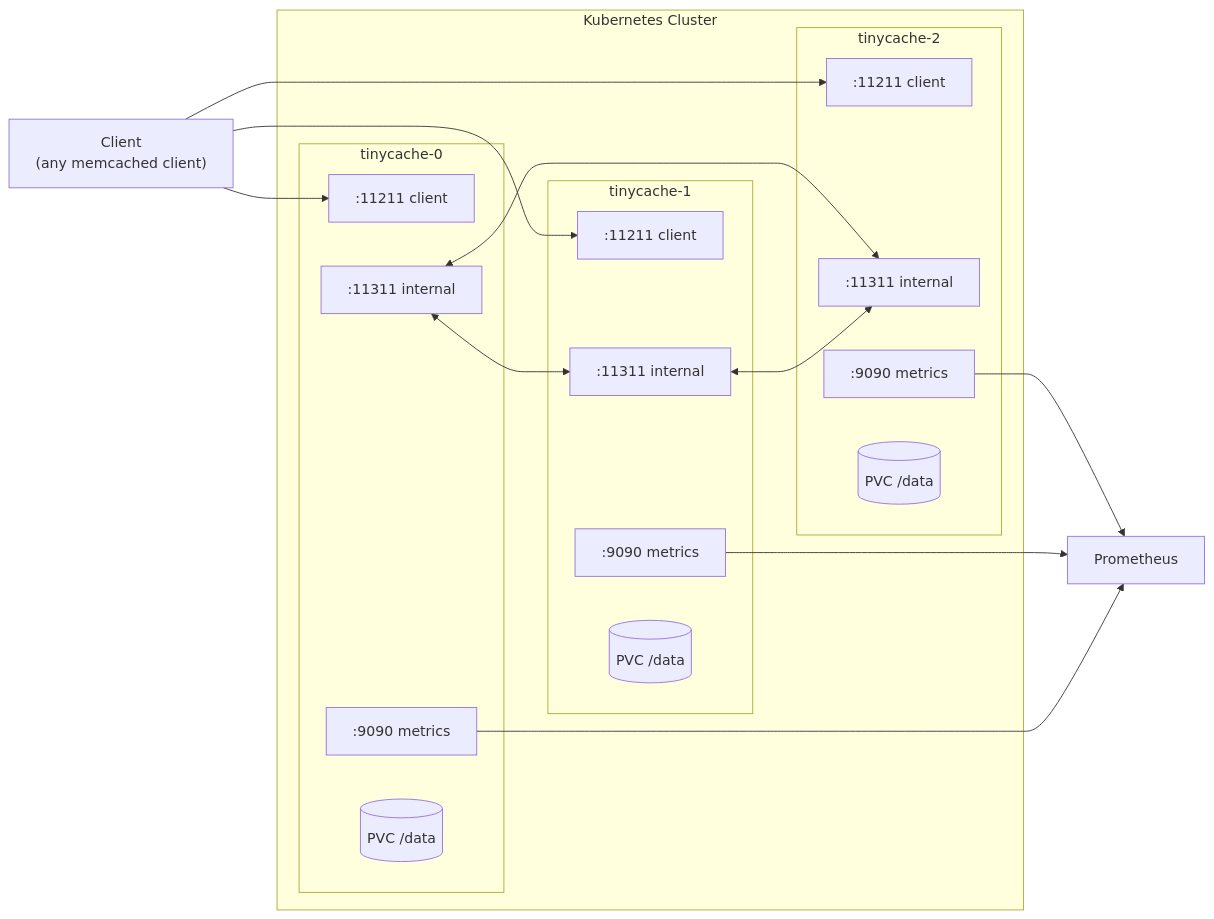
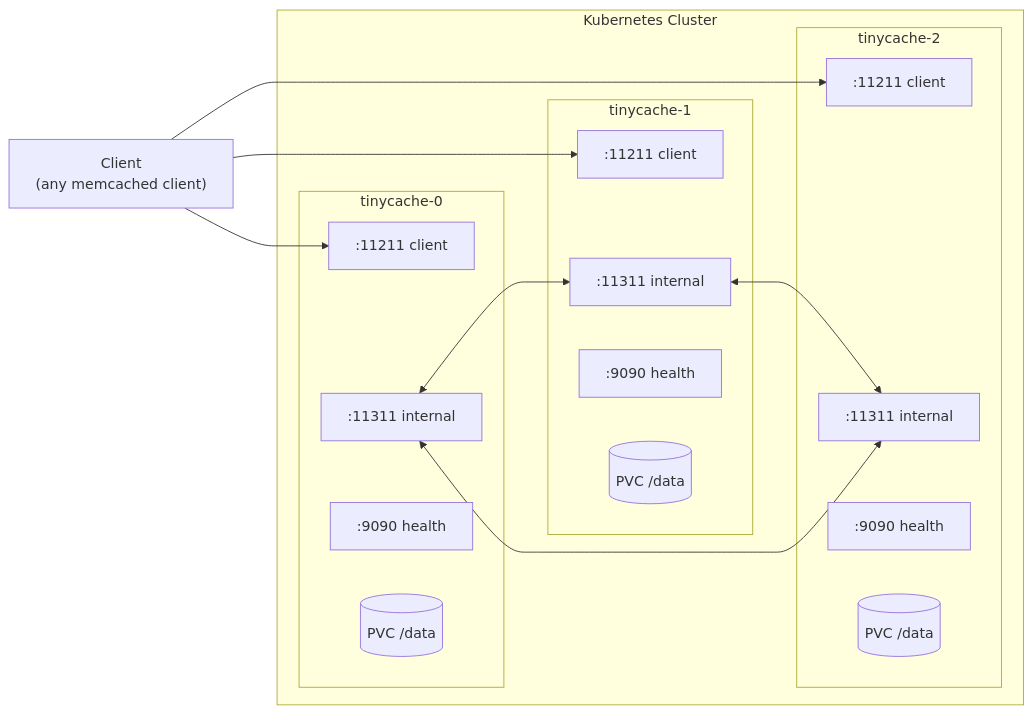
The first of 9 diagrams in README.md (smirnoffmg/tinycache), drawn with Mermaid before and after one commit. The commit also changed other lines of this file and 46 other files, not shown here.

````diff
--- a/README.md
+++ b/README.md
@@ -51,39 +51,33 @@
 ```mermaid
 graph LR
     Client["Client\n(any memcached client)"]
 
     subgraph K8s["Kubernetes Cluster"]
         subgraph n0["tinycache-0"]
             n0c[":11211 client"]
             n0i[":11311 internal"]
-            n0m[":9090 metrics"]
+            n0h[":9090 health"]
             n0p[("PVC /data")]
         end
         subgraph n1["tinycache-1"]
             n1c[":11211 client"]
             n1i[":11311 internal"]
-            n1m[":9090 metrics"]
+            n1h[":9090 health"]
             n1p[("PVC /data")]
         end
         subgraph n2["tinycache-2"]
             n2c[":11211 client"]
             n2i[":11311 internal"]
-            n2m[":9090 metrics"]
+            n2h[":9090 health"]
             n2p[("PVC /data")]
         end
     end
-
-    Prom["Prometheus"]
 
     Client --> n0c
     Client --> n1c
     Client --> n2c
 
     n0i <--> n1i
     n1i <--> n2i
     n0i <--> n2i
-
-    n0m --> Prom
-    n1m --> Prom
-    n2m --> Prom
 ```
````
